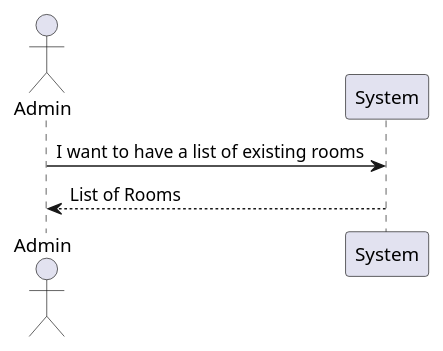
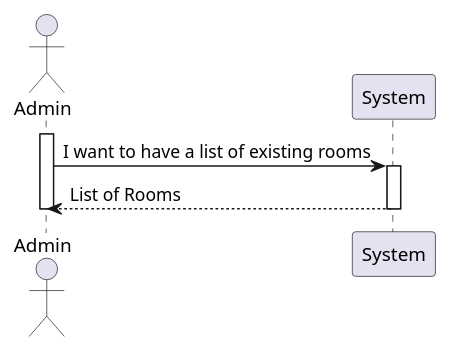
One commit to olivDiogo/SmartHome changed the diagram in docs/useCases/uc03_toGetListOfRooms/artifacts/uc03_SSD.puml. Above: the diagram before and after it, drawn with PlantUML. The commit also changed 23 other files, not shown here.

```diff
--- a/docs/useCases/uc03_toGetListOfRooms/artifacts/uc03_SSD.puml
+++ b/docs/useCases/uc03_toGetListOfRooms/artifacts/uc03_SSD.puml
@@ -1,12 +1,16 @@
 @startuml
 'As an Administrator, I want to have a list of existing rooms, so that I can choose
 'one to edit it.'
 
 actor Admin
 participant System
 
+activate Admin
 Admin -> System: I want to have a list of existing rooms
+activate System
 System --> Admin: List of Rooms
+deactivate System
+deactivate Admin
 
 
 @enduml
```
